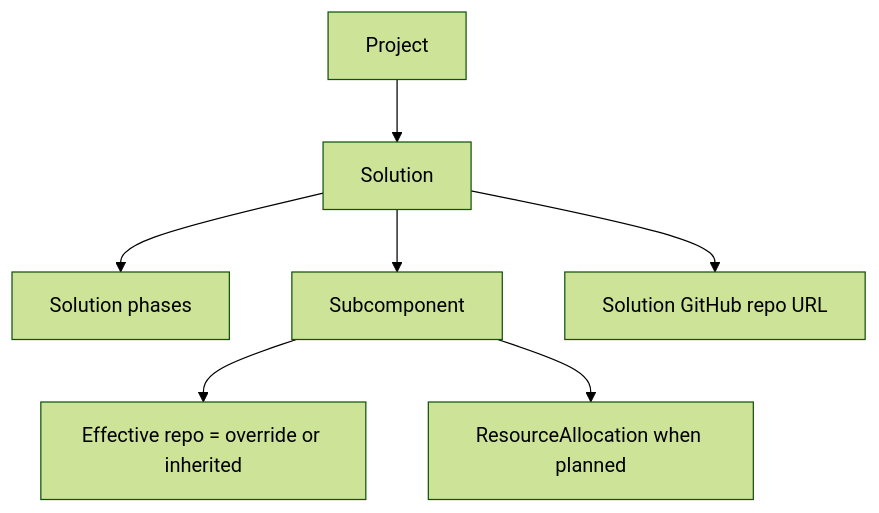
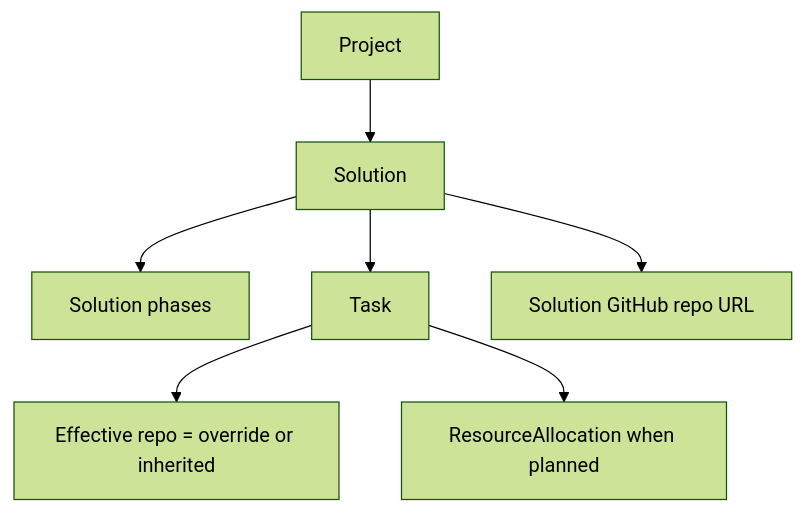
One commit to lukegob10/sipm changed the third of 5 diagrams in docs/data-dictionary.md. Above: the diagram before and after it, drawn with Mermaid (forest theme). The commit also changed other lines of this file and 115 other files, not shown here.

````diff
--- a/docs/data-dictionary.md
+++ b/docs/data-dictionary.md
@@ -725,9 +725,9 @@
 ```mermaid
 flowchart TD
   Project["Project"] --> Solution["Solution"]
   Solution --> PhaseConfig["Solution phases"]
-  Solution --> Subcomponent["Subcomponent"]
+  Solution --> Task["Task"]
   Solution --> Repo["Solution GitHub repo URL"]
-  Subcomponent --> EffectiveRepo["Effective repo = override or inherited"]
-  Subcomponent --> Allocation["ResourceAllocation when planned"]
+  Task --> EffectiveRepo["Effective repo = override or inherited"]
+  Task --> Allocation["ResourceAllocation when planned"]
 ```
````
